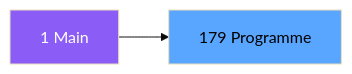
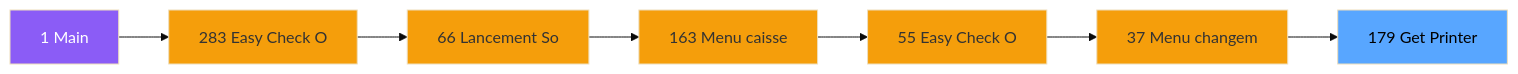
The second of 3 diagrams in .openspec/specs/ADH-IDE-179.md (thonyAGP/magic-migration), drawn with Mermaid (base theme) before and after one commit. The commit also changed other lines of this file and 323 other files, not shown here.

````diff
--- a/.openspec/specs/ADH-IDE-179.md
+++ b/.openspec/specs/ADH-IDE-179.md
@@ -100,8 +119,23 @@
 ```mermaid
 graph LR
     M[1 Main]
-    T[179 Programme]
-    M --> T
+    N283[283 Easy Check O]
+    N66[66 Lancement So]
+    N163[163 Menu caisse ]
+    N55[55 Easy Check O]
+    N37[37 Menu changem]
+    T[179 Get Printer]
+    M --> N283
+    N283 --> N66
+    N66 --> N163
+    N163 --> N55
+    N55 --> N37
+    N37 --> T
     style M fill:#8b5cf6,color:#fff
+    style N283 fill:#f59e0b
+    style N66 fill:#f59e0b
+    style N163 fill:#f59e0b
+    style N55 fill:#f59e0b
+    style N37 fill:#f59e0b
     style T fill:#58a6ff,color:#000
 ```
````
